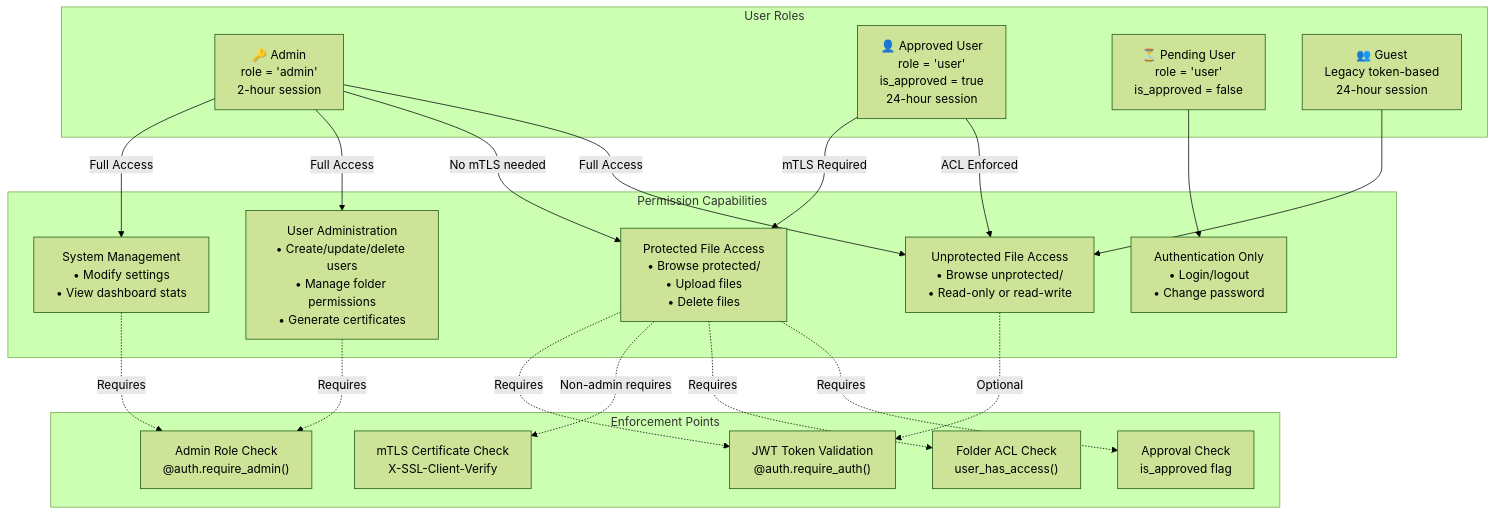
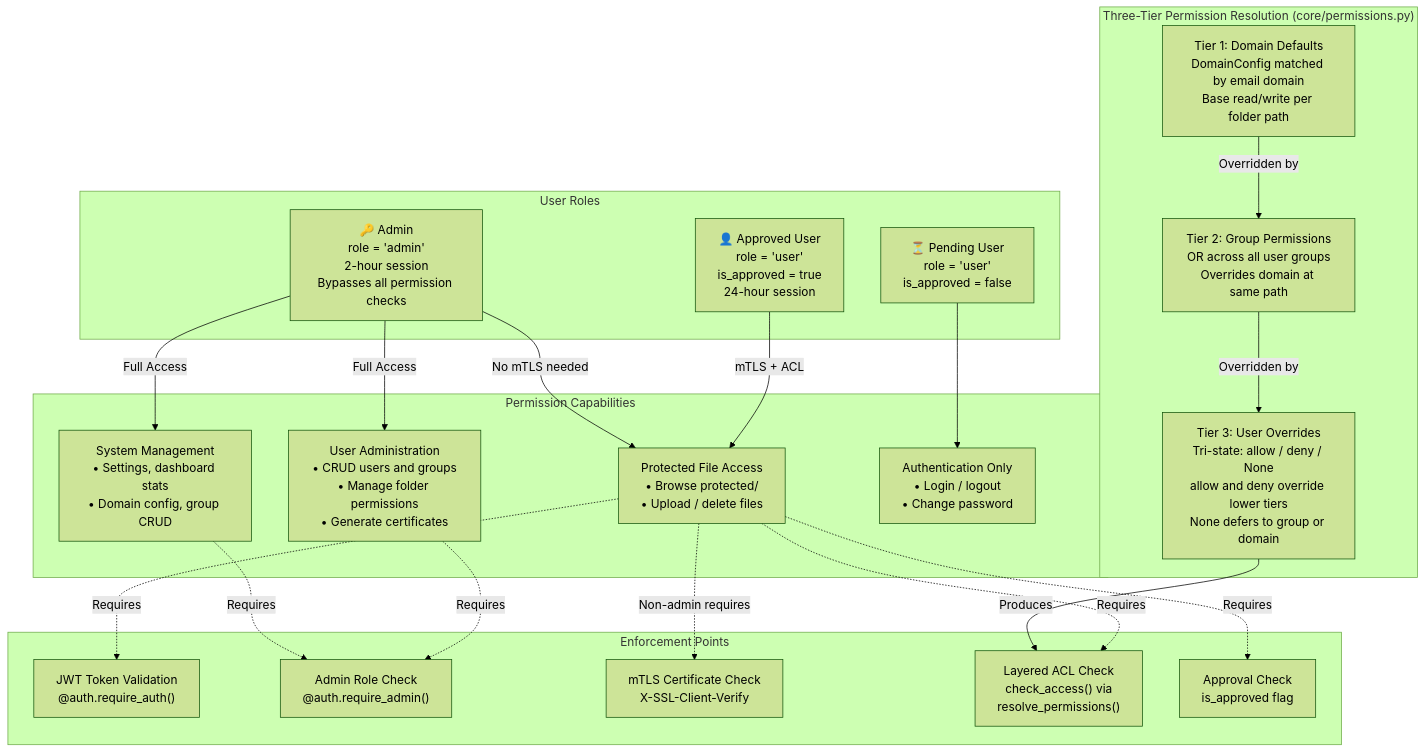
The third of 8 diagrams in docs/diagrams.md (andreas-04/thumbs-up), drawn with Mermaid (forest theme) before and after one commit. The commit also changed other lines of this file, not shown here.

First line of the commit message:
Update diagrams to reflect RBAC refactoring

````diff
--- a/docs/diagrams.md
+++ b/docs/diagrams.md
@@ -143,45 +146,48 @@
 ```mermaid
 graph TB
     subgraph Roles["User Roles"]
-        Admin["🔑 Admin<br/>role = 'admin'<br/>2-hour session"]
+        Admin["🔑 Admin<br/>role = 'admin'<br/>2-hour session<br/>Bypasses all permission checks"]
         ApprovedUser["👤 Approved User<br/>role = 'user'<br/>is_approved = true<br/>24-hour session"]
         PendingUser["⏳ Pending User<br/>role = 'user'<br/>is_approved = false"]
-        Guest["👥 Guest<br/>Legacy token-based<br/>24-hour session"]
     end
 
-    subgraph Permissions["Permission Capabilities"]
-        SysMgmt["System Management<br/>• Modify settings<br/>• View dashboard stats"]
-        UserAdmin["User Administration<br/>• Create/update/delete users<br/>• Manage folder permissions<br/>• Generate certificates"]
-        ProtectedFiles["Protected File Access<br/>• Browse protected/<br/>• Upload files<br/>• Delete files"]
-        UnprotectedFiles["Unprotected File Access<br/>• Browse unprotected/<br/>• Read-only or read-write"]
-        AuthOnly["Authentication Only<br/>• Login/logout<br/>• Change password"]
+    subgraph PermTiers["Three-Tier Permission Resolution (core/permissions.py)"]
+        Tier1["Tier 1: Domain Defaults<br/>DomainConfig matched by email domain<br/>Base read/write per folder path"]
+        Tier2["Tier 2: Group Permissions<br/>OR across all user groups<br/>Overrides domain at same path"]
+        Tier3["Tier 3: User Overrides<br/>Tri-state: allow / deny / None<br/>allow and deny override lower tiers<br/>None defers to group or domain"]
+    end
+
+    subgraph Capabilities["Permission Capabilities"]
+        SysMgmt["System Management<br/>• Settings, dashboard stats<br/>• Domain config, group CRUD"]
+        UserAdmin["User Administration<br/>• CRUD users and groups<br/>• Manage folder permissions<br/>• Generate certificates"]
+        ProtectedFiles["Protected File Access<br/>• Browse protected/<br/>• Upload / delete files"]
+        AuthOnly["Authentication Only<br/>• Login / logout<br/>• Change password"]
     end
 
     subgraph Enforcement["Enforcement Points"]
         JWTCheck["JWT Token Validation<br/>@auth.require_auth()"]
         AdminCheck["Admin Role Check<br/>@auth.require_admin()"]
         mTLSCheck["mTLS Certificate Check<br/>X-SSL-Client-Verify"]
-        ACLCheck["Folder ACL Check<br/>user_has_access()"]
+        ACLCheck["Layered ACL Check<br/>check_access() via<br/>resolve_permissions()"]
         ApprovalCheck["Approval Check<br/>is_approved flag"]
     end
 
     Admin -->|"Full Access"| SysMgmt
     Admin -->|"Full Access"| UserAdmin
     Admin -->|"No mTLS needed"| ProtectedFiles
-    Admin -->|"Full Access"| UnprotectedFiles
 
-    ApprovedUser -->|"mTLS Required"| ProtectedFiles
-    ApprovedUser -->|"ACL Enforced"| UnprotectedFiles
+    ApprovedUser -->|"mTLS + ACL"| ProtectedFiles
 
     PendingUser --> AuthOnly
 
-    Guest --> UnprotectedFiles
+    Tier1 -->|"Overridden by"| Tier2
+    Tier2 -->|"Overridden by"| Tier3
+    Tier3 -->|"Produces"| ACLCheck
 
     SysMgmt -.->|"Requires"| AdminCheck
     UserAdmin -.->|"Requires"| AdminCheck
     ProtectedFiles -.->|"Requires"| JWTCheck
     ProtectedFiles -.->|"Non-admin requires"| mTLSCheck
     ProtectedFiles -.->|"Requires"| ACLCheck
     ProtectedFiles -.->|"Requires"| ApprovalCheck
-    UnprotectedFiles -.->|"Optional"| JWTCheck
 ```
````
